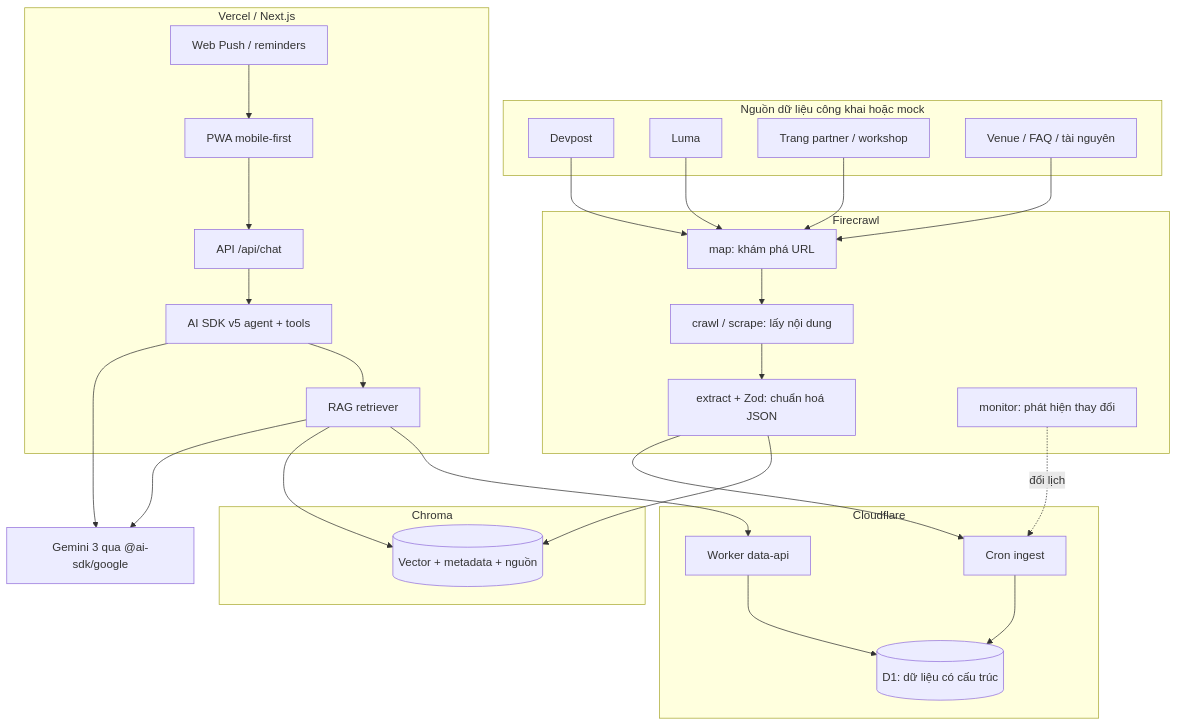
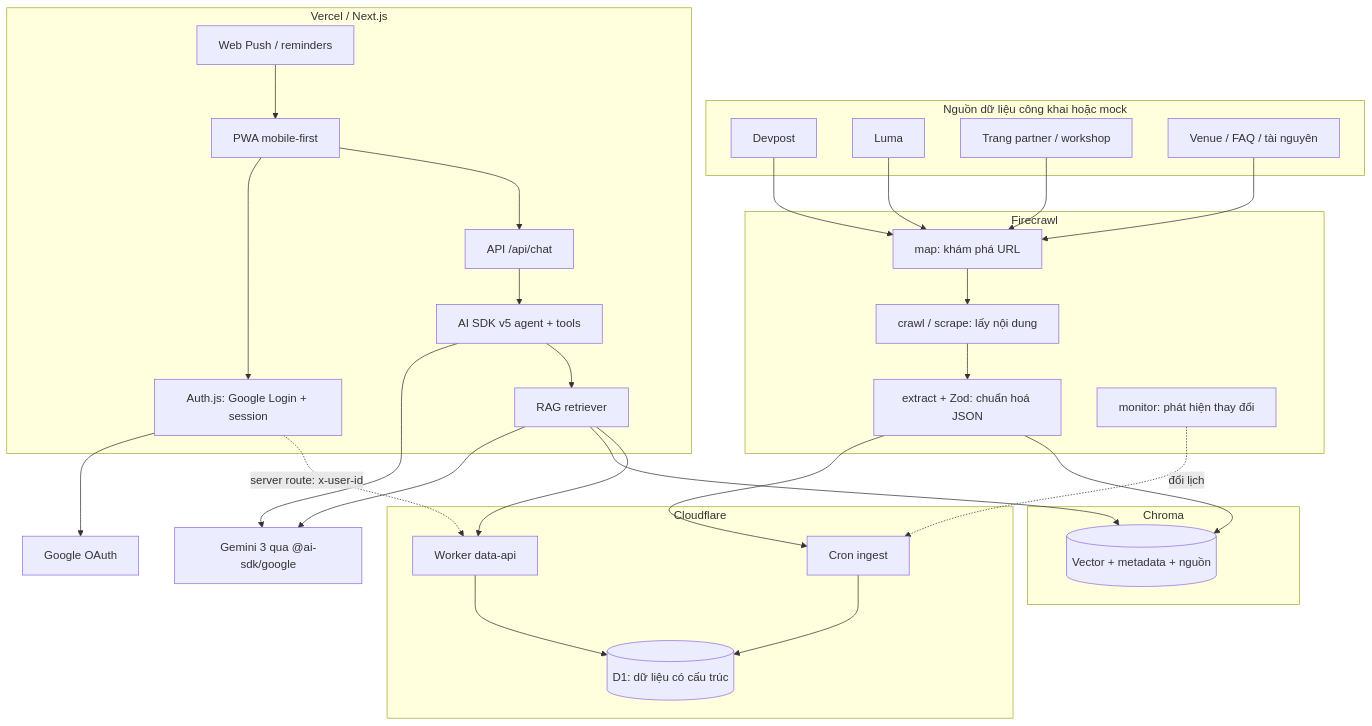
Before and after one commit to khangzens2001/AI-build-week-gemo: the first of 7 diagrams in README.md, drawn with Mermaid. The commit also changed other lines of this file and 151 other files, not shown here.

````diff
--- a/README.md
+++ b/README.md
@@ -44,48 +45,52 @@
 ```mermaid
 flowchart TB
     subgraph NGUON["Nguồn dữ liệu công khai hoặc mock"]
         A1["Devpost"]
         A2["Luma"]
         A3["Trang partner / workshop"]
         A4["Venue / FAQ / tài nguyên"]
     end
 
     subgraph FIRE["Firecrawl"]
         B1["map: khám phá URL"]
         B2["crawl / scrape: lấy nội dung"]
         B3["extract + Zod: chuẩn hoá JSON"]
         B4["monitor: phát hiện thay đổi"]
     end
 
     subgraph CF["Cloudflare"]
         C1["Worker data-api"]
         C2["Cron ingest"]
         C3[("D1: dữ liệu có cấu trúc")]
     end
 
     subgraph VECTOR["Chroma"]
         D1[("Vector + metadata + nguồn")]
     end
 
     subgraph VERCEL["Vercel / Next.js"]
         E1["PWA mobile-first"]
         E2["API /api/chat"]
         E3["AI SDK v5 agent + tools"]
         E4["RAG retriever"]
         E5["Web Push / reminders"]
+        E6["Auth.js: Google Login + session"]
     end
 
     G["Gemini 3 qua @ai-sdk/google"]
+    O["Google OAuth"]
 
     A1 & A2 & A3 & A4 --> B1 --> B2 --> B3
     B3 --> C2 --> C3
     B3 --> D1
     B4 -. "đổi lịch" .-> C2
+    E1 --> E6 --> O
     E1 --> E2 --> E3
     E3 --> G
     E3 --> E4
     E4 --> G
     E4 --> D1
     E4 --> C1 --> C3
+    E6 -. "server route: x-user-id" .-> C1
     E5 --> E1
 ```
````
